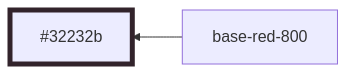
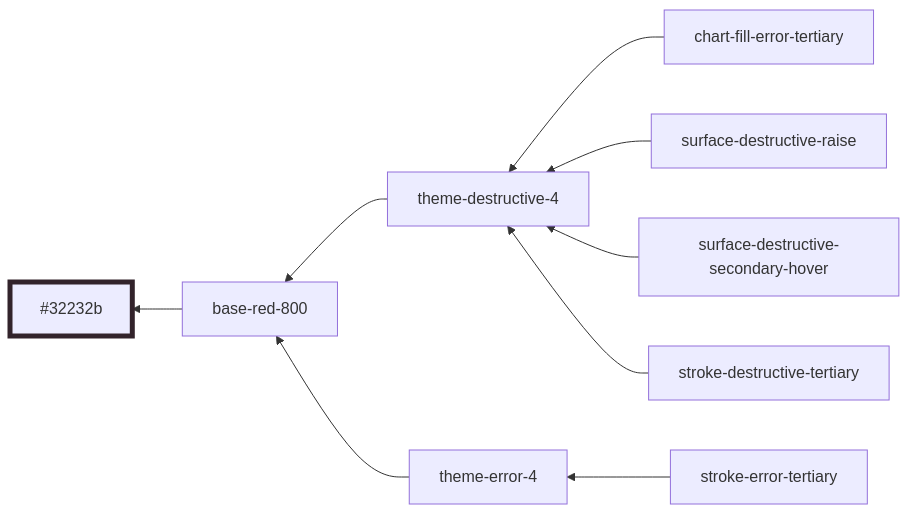
Before and after one commit to oxidecomputer/console: diagram 14 of 29 in libs/ui/styles/themes/operator-mode.md, drawn with Mermaid. The commit also changed other lines of this file and 4 other files, not shown here.

````diff
--- a/libs/ui/styles/themes/operator-mode.md
+++ b/libs/ui/styles/themes/operator-mode.md
@@ -130,6 +198,13 @@
 ```mermaid
 graph RL
   base-red-800 --> #32232b:::base-red-800
+  theme-destructive-4 --> base-red-800
+  theme-error-4 --> base-red-800
+  chart-fill-error-tertiary --> theme-destructive-4
+  surface-destructive-raise --> theme-destructive-4
+  surface-destructive-secondary-hover --> theme-destructive-4
+  stroke-destructive-tertiary --> theme-destructive-4
+  stroke-error-tertiary --> theme-error-4
 
   classDef base-red-800 stroke-width:5,stroke:#32232b
 ```
````
